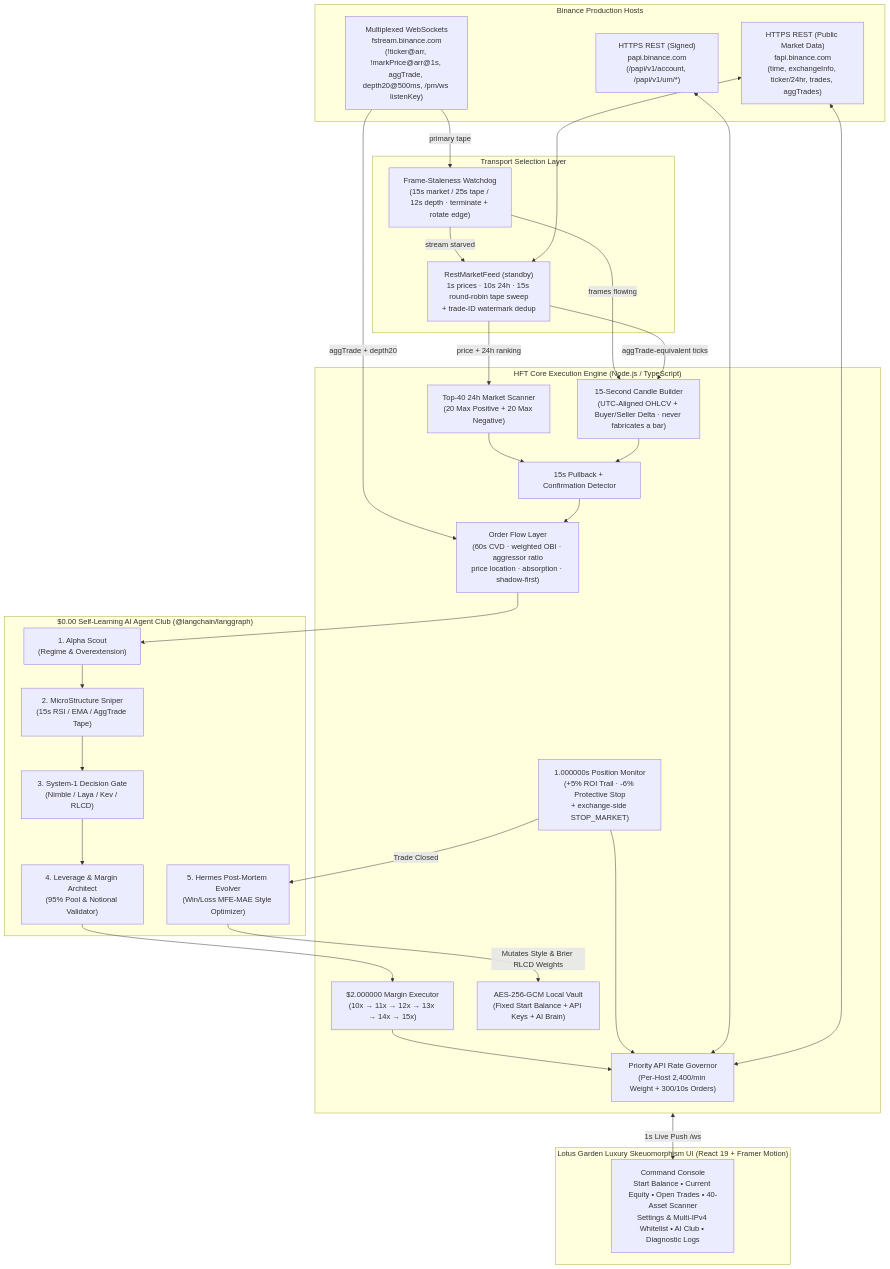
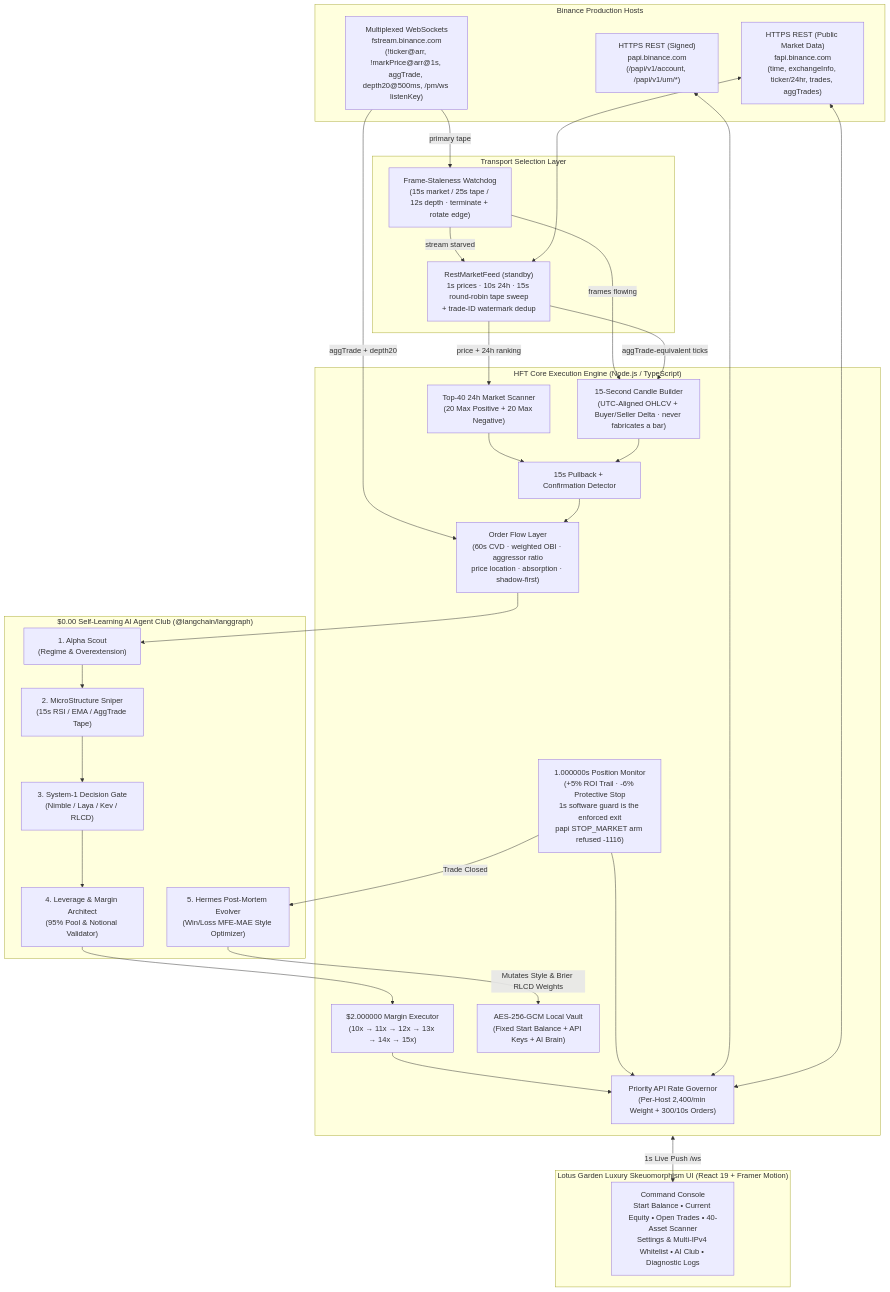
Before and after one commit to badalworld/hft: the diagram in README.md, drawn with Mermaid. The commit also changed other lines of this file, not shown here.

````diff
--- a/README.md
+++ b/README.md
@@ -462,54 +459,54 @@
 ```mermaid
 flowchart TB
     subgraph Binance["Binance Production Hosts"]
         PAPI["HTTPS REST (Signed)\npapi.binance.com\n(/papi/v1/account, /papi/v1/um/*)"]
         FAPI["HTTPS REST (Public Market Data)\nfapi.binance.com\n(time, exchangeInfo, ticker/24hr, trades, aggTrades)"]
         FSTREAM["Multiplexed WebSockets\nfstream.binance.com\n(!ticker@arr, !markPrice@arr@1s, aggTrade, depth20@500ms, /pm/ws listenKey)"]
     end
 
     subgraph Feed["Transport Selection Layer"]
         WD["Frame-Staleness Watchdog\n(15s market / 25s tape / 12s depth · terminate + rotate edge)"]
         RMF["RestMarketFeed (standby)\n1s prices · 10s 24h · 15s round-robin tape sweep\n+ trade-ID watermark dedup"]
     end
 
     subgraph Engine["HFT Core Execution Engine (Node.js / TypeScript)"]
         GOV["Priority API Rate Governor\n(Per-Host 2,400/min Weight + 300/10s Orders)"]
         CB15["15-Second Candle Builder\n(UTC-Aligned OHLCV + Buyer/Seller Delta · never fabricates a bar)"]
         SCAN40["Top-40 24h Market Scanner\n(20 Max Positive + 20 Max Negative)"]
         STRAT["15s Pullback + Confirmation Detector"]
         FLOW["Order Flow Layer\n(60s CVD · weighted OBI · aggressor ratio\nprice location · absorption · shadow-first)"]
         LADDER["$2.000000 Margin Executor\n(10x → 11x → 12x → 13x → 14x → 15x)"]
-        MON1S["1.000000s Position Monitor\n(+5% ROI Trail · -6% Protective Stop\n+ exchange-side STOP_MARKET)"]
+        MON1S["1.000000s Position Monitor\n(+5% ROI Trail · -6% Protective Stop\n1s software guard is the enforced exit\npapi STOP_MARKET arm refused -1116)"]
         VAULT["AES-256-GCM Local Vault\n(Fixed Start Balance + API Keys + AI Brain)"]
     end
 
     subgraph AIClub["$0.00 Self-Learning AI Agent Club (@langchain/langgraph)"]
         AG1["1. Alpha Scout\n(Regime & Overextension)"]
         AG2["2. MicroStructure Sniper\n(15s RSI / EMA / AggTrade Tape)"]
         AG3["3. System-1 Decision Gate\n(Nimble / Laya / Kev / RLCD)"]
         AG4["4. Leverage & Margin Architect\n(95% Pool & Notional Validator)"]
         AG5["5. Hermes Post-Mortem Evolver\n(Win/Loss MFE-MAE Style Optimizer)"]
     end
 
     subgraph Dashboard["Lotus Garden Luxury Skeuomorphism UI (React 19 + Framer Motion)"]
         UI["Command Console\nStart Balance • Current Equity • Open Trades • 40-Asset Scanner\nSettings & Multi-IPv4 Whitelist • AI Club • Diagnostic Logs"]
     end
 
     FSTREAM -->|primary tape| WD
     WD -->|stream starved| RMF
     WD -->|frames flowing| CB15
     RMF -->|aggTrade-equivalent ticks| CB15
     RMF -->|price + 24h ranking| SCAN40
     FAPI <--> RMF
     SCAN40 --> STRAT
     CB15 --> STRAT
     FSTREAM -->|aggTrade + depth20| FLOW
     STRAT --> FLOW --> AG1 --> AG2 --> AG3 --> AG4 --> LADDER
     LADDER --> GOV
     MON1S --> GOV
     MON1S -->|Trade Closed| AG5
     AG5 -->|Mutates Style & Brier RLCD Weights| VAULT
     PAPI <--> GOV
     FAPI <--> GOV
     Engine <-->|1s Live Push /ws| UI
 ```
````
